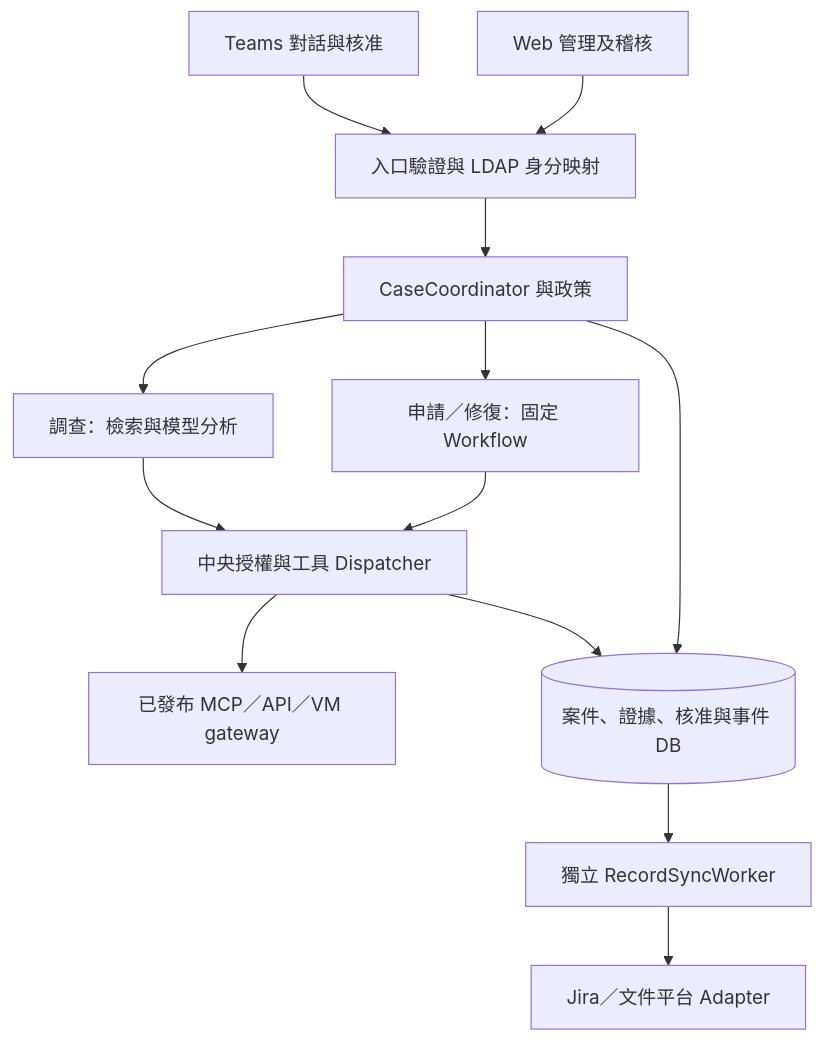
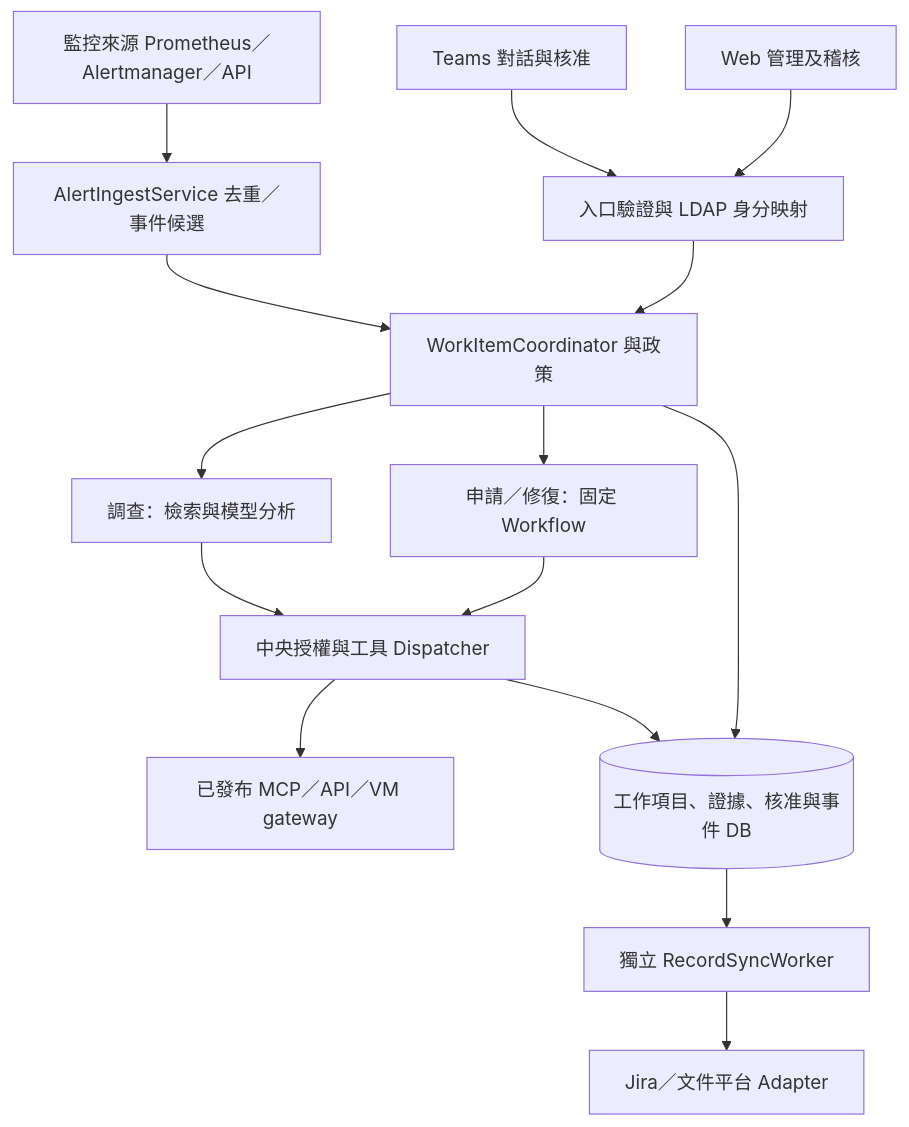
One commit to lancehuang58/ai-devops-platform changed the fourth of 5 diagrams in doc/specifications/DevOps_智慧維運應用系統設計規格書_草案.md. Above: the diagram before and after it, drawn with Mermaid. The commit also changed other lines of this file, not shown here.

````diff
--- a/doc/specifications/DevOps_智慧維運應用系統設計規格書_草案.md
+++ b/doc/specifications/DevOps_智慧維運應用系統設計規格書_草案.md
@@ -1368,15 +1368,17 @@
 ```mermaid
 flowchart TD
     T["Teams 對話與核准"] --> I["入口驗證與 LDAP 身分映射"]
     W["Web 管理及稽核"] --> I
-    I --> C["CaseCoordinator 與政策"]
+    M["監控來源 Prometheus／Alertmanager／API"] --> AI["AlertIngestService 去重／事件候選"]
+    AI --> C
+    I --> C["WorkItemCoordinator 與政策"]
     C --> A["調查：檢索與模型分析"]
     C --> F["申請／修復：固定 Workflow"]
     A --> G["中央授權與工具 Dispatcher"]
     F --> G
     G --> S["已發布 MCP／API／VM gateway"]
-    C --> D[("案件、證據、核准與事件 DB")]
+    C --> D[("工作項目、證據、核准與事件 DB")]
     G --> D
     D --> R["獨立 RecordSyncWorker"]
     R --> J["Jira／文件平台 Adapter"]
 ```
````
